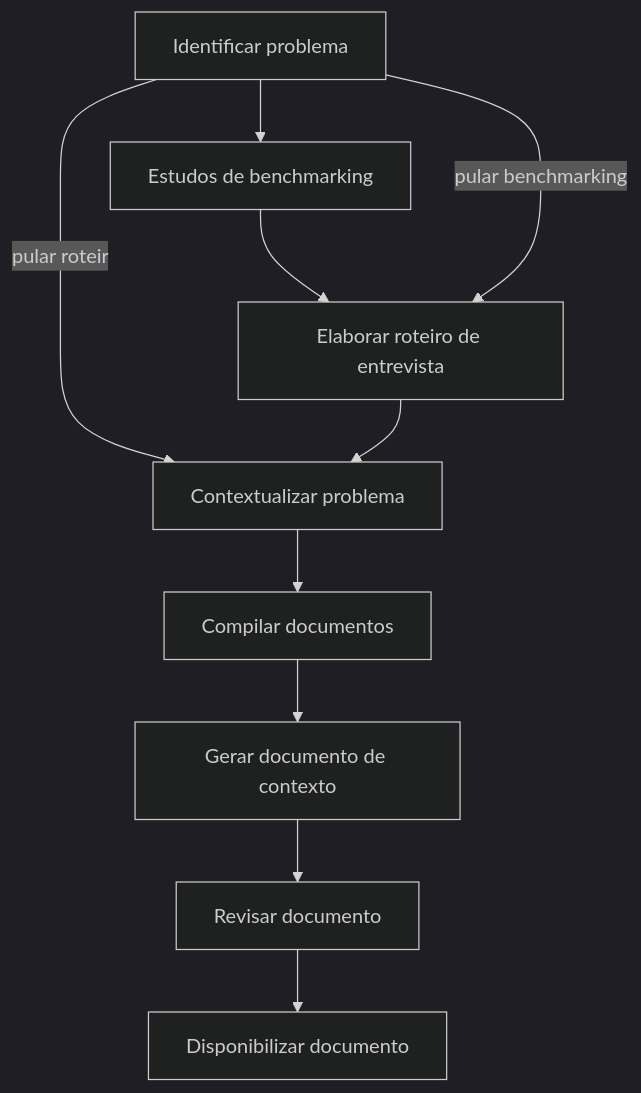
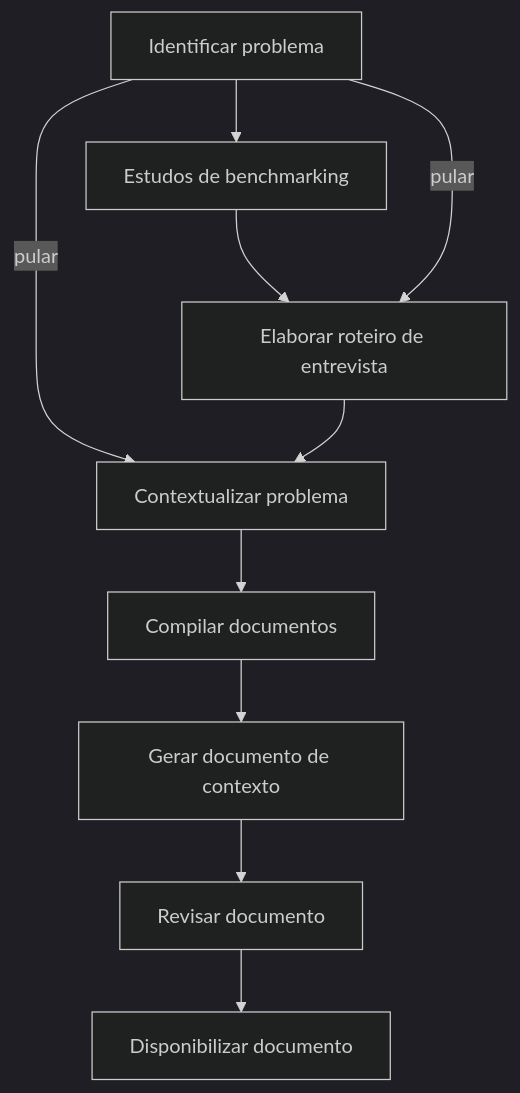
The diagram in docs/process/1-concept/a-ideation/protocolo.md (yanjustino/protocolo-es-ai), drawn with Mermaid (dark theme) before and after one commit.

Commit message:
refine flowchart in protocol document by simplifying skip connections for benchmarking and scripting

````diff
--- a/docs/process/1-concept/a-ideation/protocolo.md
+++ b/docs/process/1-concept/a-ideation/protocolo.md
@@ -21,21 +21,21 @@
 ```mermaid
 flowchart TD
     A[Identificar problema]
     B[Estudos de benchmarking]
     C[Elaborar roteiro de entrevista]
     D[Contextualizar problema]
     E[Compilar documentos]
     F[Gerar documento de contexto]
     G[Revisar documento]
     H[Disponibilizar documento]
 
     A --> B
     B --> C
-    A --pular benchmarking--> C
-    A --pular roteiro--> D
+    A --pular--> C
+    A --pular--> D
     C --> D
     D --> E
     E --> F
     F --> G
     G --> H
 ```    
````
